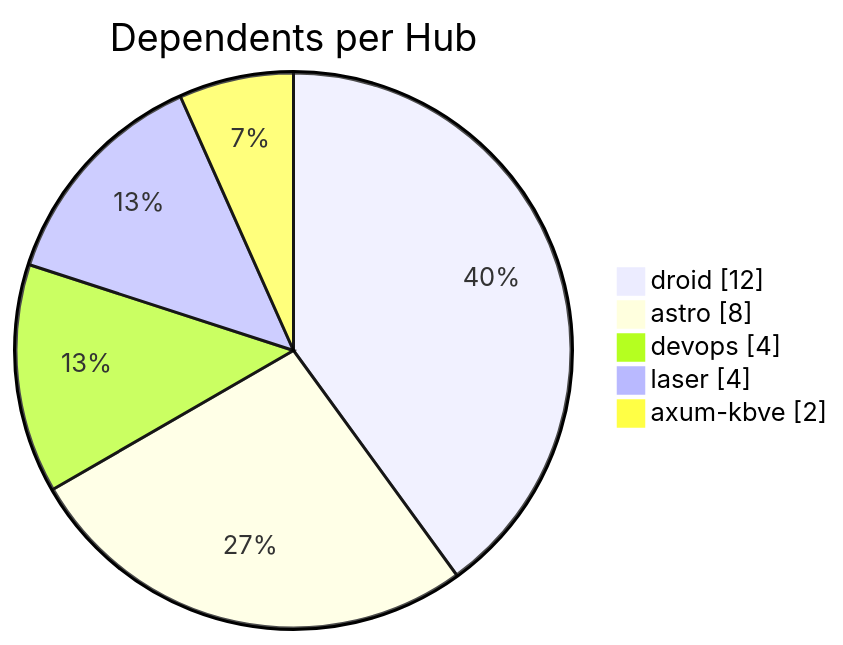
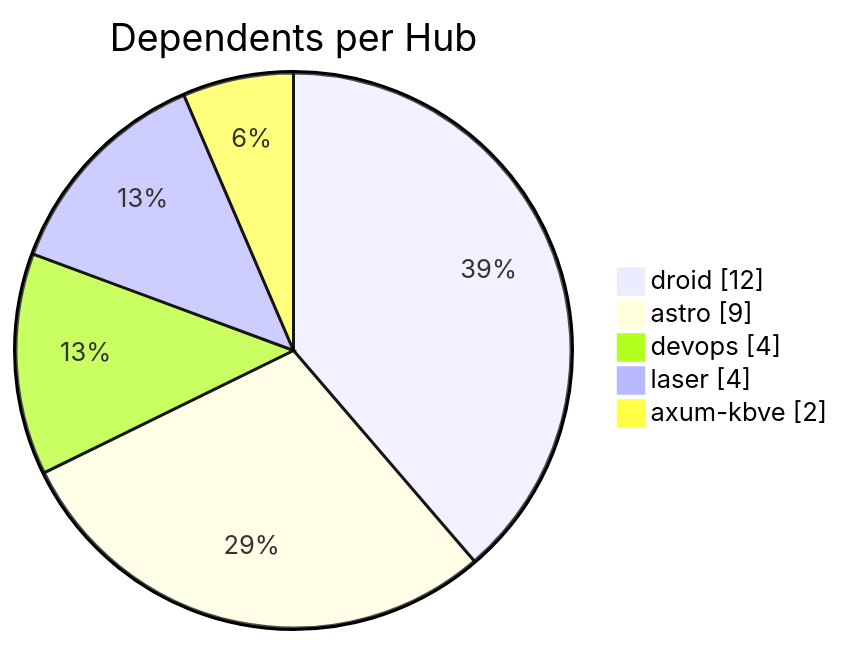
One commit to KBVE/kbve changed the second of 3 diagrams in apps/kbve/astro-kbve/src/content/docs/dashboard/graph.mdx. Above: the diagram before and after it, drawn with Mermaid. The commit also changed other lines of this file and 8 other files, not shown here.

````diff
--- a/apps/kbve/astro-kbve/src/content/docs/dashboard/graph.mdx
+++ b/apps/kbve/astro-kbve/src/content/docs/dashboard/graph.mdx
@@ -66,9 +66,9 @@
 ```mermaid
 pie showData
     title Dependents per Hub
     "droid" : 12
-    "astro" : 8
+    "astro" : 9
     "devops" : 4
     "laser" : 4
     "axum-kbve" : 2
 ```
````
